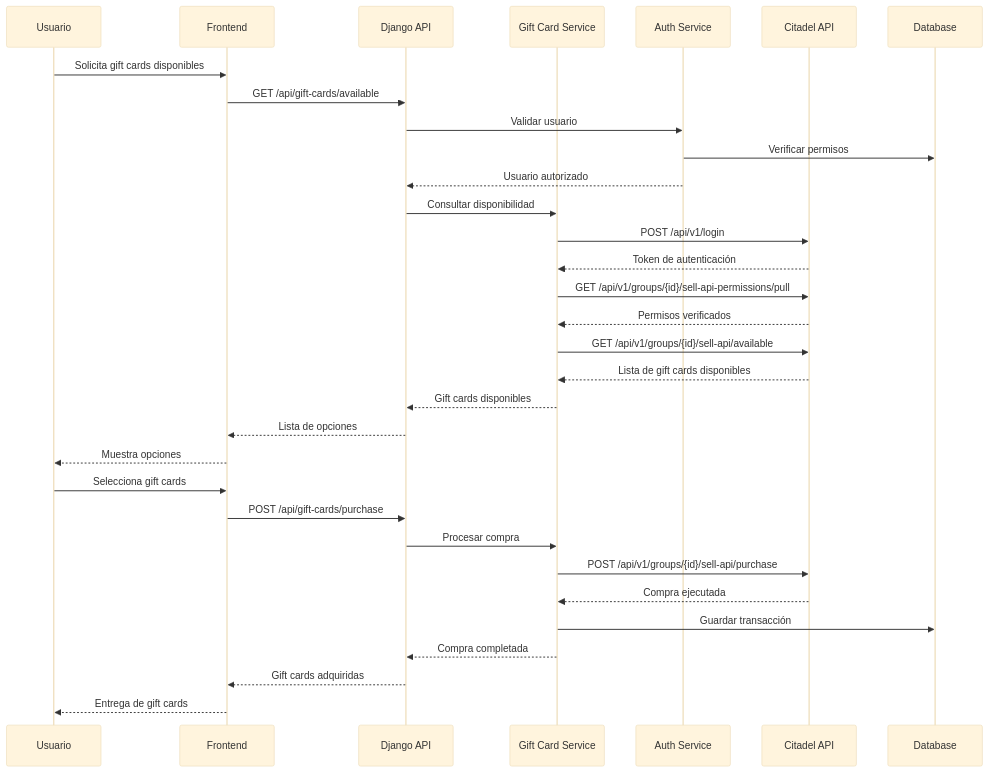
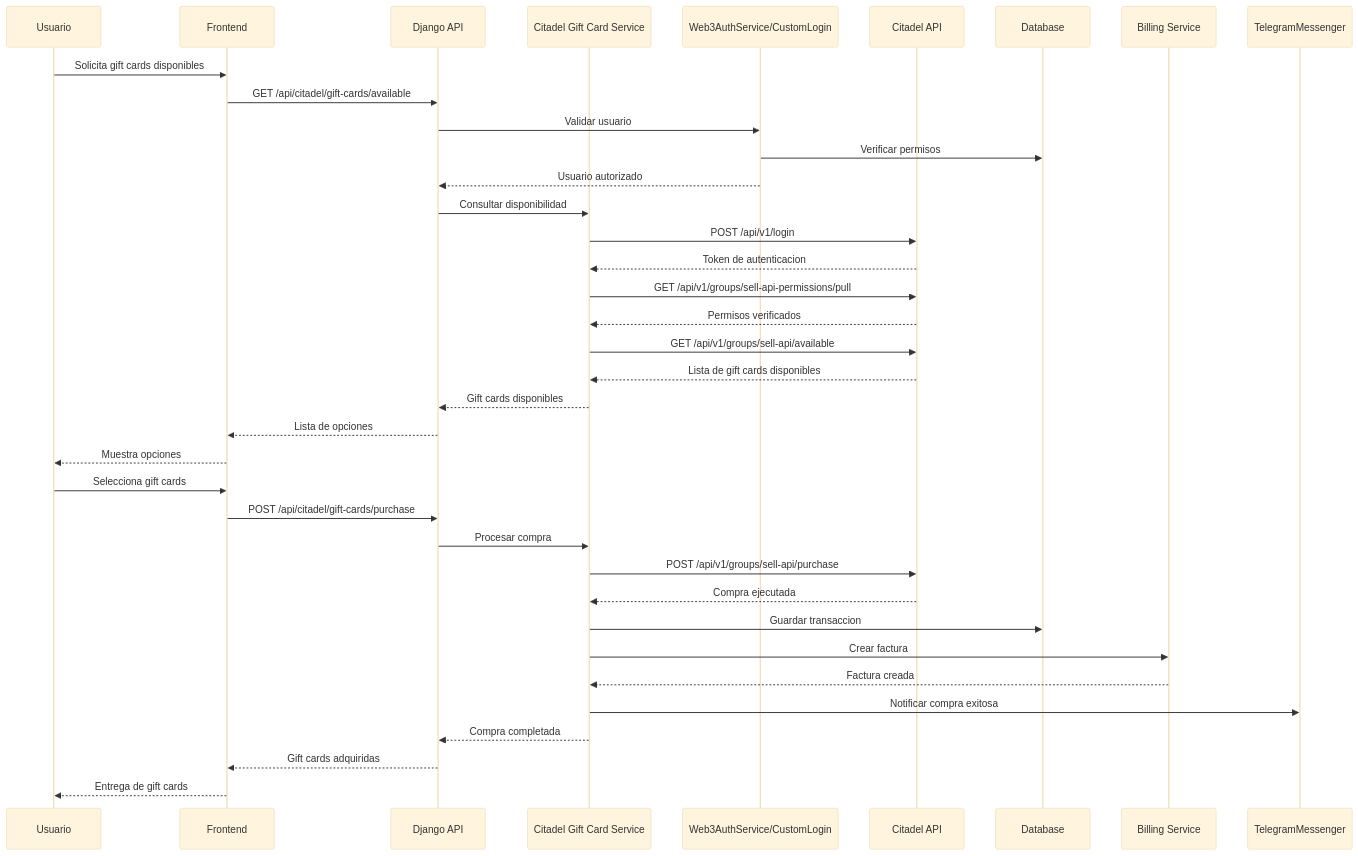
Before and after one commit to ShuGc/testEmployeeCrud: diagram 30 of 31 in README.md, drawn with Mermaid (base theme). The commit also changed other lines of this file, not shown here.

````diff
--- a/README.md
+++ b/README.md
@@ -1460,42 +1772,77 @@
-```mermaid
+::: mermaid
+
 sequenceDiagram
-    participant U as Usuario
-    participant F as Frontend
-    participant API as Django API
-    participant GC as Gift Card Service
-    participant Auth as Auth Service
-    participant C as Citadel API
-    participant DB as Database
-    
-    U->>F: Solicita gift cards disponibles
-    F->>API: GET /api/gift-cards/available
-    API->>Auth: Validar usuario
-    Auth->>DB: Verificar permisos
-    Auth-->>API: Usuario autorizado
-    
-    API->>GC: Consultar disponibilidad
-    GC->>C: POST /api/v1/login
-    C-->>GC: Token de autenticación
-    
-    GC->>C: GET /api/v1/groups/{id}/sell-api-permissions/pull
-    C-->>GC: Permisos verificados
-    
-    GC->>C: GET /api/v1/groups/{id}/sell-api/available
-    C-->>GC: Lista de gift cards disponibles
-    
-    GC-->>API: Gift cards disponibles
-    API-->>F: Lista de opciones
-    F-->>U: Muestra opciones
-    
-    U->>F: Selecciona gift cards
-    F->>API: POST /api/gift-cards/purchase
-    API->>GC: Procesar compra
-    
-    GC->>C: POST /api/v1/groups/{id}/sell-api/purchase
-    C-->>GC: Compra ejecutada
-    
-    GC->>DB: Guardar transacción
-    GC-->>API: Compra completada
-    API-->>F: Gift cards adquiridas
-    F-->>U: Entrega de gift cards
-```
+
+participant U as Usuario
+
+participant F as Frontend
+
+participant API as Django API
+
+participant GC as Citadel Gift Card Service
+
+participant Auth as Web3AuthService/CustomLogin
+
+participant C as Citadel API
+
+participant DB as Database
+
+participant Billing as Billing Service
+
+participant Telegram as TelegramMessenger
+
+U->>F: Solicita gift cards disponibles
+
+F->>API: GET /api/citadel/gift-cards/available
+
+API->>Auth: Validar usuario
+
+Auth->>DB: Verificar permisos
+
+Auth-->>API: Usuario autorizado
+
+API->>GC: Consultar disponibilidad
+
+GC->>C: POST /api/v1/login
+
+C-->>GC: Token de autenticacion
+
+GC->>C: GET /api/v1/groups/sell-api-permissions/pull
+
+C-->>GC: Permisos verificados
+
+GC->>C: GET /api/v1/groups/sell-api/available
+
+C-->>GC: Lista de gift cards disponibles
+
+GC-->>API: Gift cards disponibles
+
+API-->>F: Lista de opciones
+
+F-->>U: Muestra opciones
+
+U->>F: Selecciona gift cards
+
+F->>API: POST /api/citadel/gift-cards/purchase
+
+API->>GC: Procesar compra
+
+GC->>C: POST /api/v1/groups/sell-api/purchase
+
+C-->>GC: Compra ejecutada
+
+GC->>DB: Guardar transaccion
+
+GC->>Billing: Crear factura
+
+Billing-->>GC: Factura creada
+
+GC->>Telegram: Notificar compra exitosa
+
+GC-->>API: Compra completada
+
+API-->>F: Gift cards adquiridas
+
+F-->>U: Entrega de gift cards
+
+:::
````
